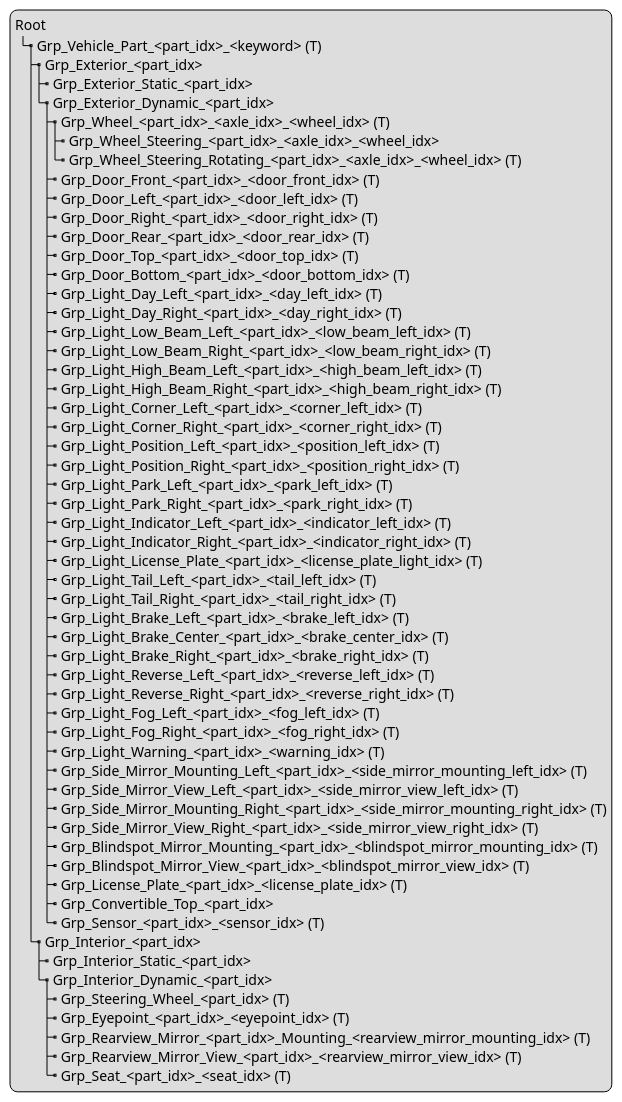
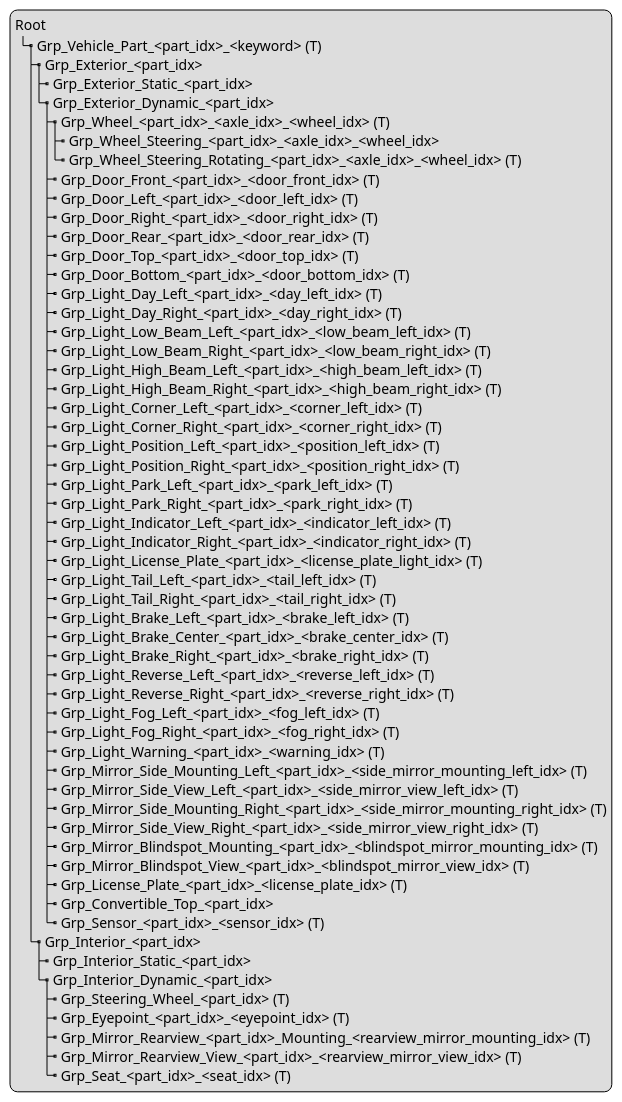
One commit to asam-ev/OpenMATERIAL changed the diagram in content/geometry/object-vehicle/vehicle-structure-model-structure.adoc. Above: the diagram before and after it, drawn with PlantUML. The commit also changed other lines of this file, not shown here.

Commit message:
Fix mirror naming

```diff
--- a/content/geometry/object-vehicle/vehicle-structure-model-structure.adoc
+++ b/content/geometry/object-vehicle/vehicle-structure-model-structure.adoc
@@ -9,61 +9,61 @@
 [plantuml]
 ----
 legend
 Root
 |_ Grp_Vehicle_Part_<part_idx>_<keyword> (T)
   |_ Grp_Exterior_<part_idx>
     |_ Grp_Exterior_Static_<part_idx>
     |_ Grp_Exterior_Dynamic_<part_idx>
       |_ Grp_Wheel_<part_idx>_<axle_idx>_<wheel_idx> (T)
         |_ Grp_Wheel_Steering_<part_idx>_<axle_idx>_<wheel_idx>
         |_ Grp_Wheel_Steering_Rotating_<part_idx>_<axle_idx>_<wheel_idx> (T)
       |_ Grp_Door_Front_<part_idx>_<door_front_idx> (T)
       |_ Grp_Door_Left_<part_idx>_<door_left_idx> (T)
       |_ Grp_Door_Right_<part_idx>_<door_right_idx> (T)
       |_ Grp_Door_Rear_<part_idx>_<door_rear_idx> (T)
       |_ Grp_Door_Top_<part_idx>_<door_top_idx> (T)
       |_ Grp_Door_Bottom_<part_idx>_<door_bottom_idx> (T)
       |_ Grp_Light_Day_Left_<part_idx>_<day_left_idx> (T)
       |_ Grp_Light_Day_Right_<part_idx>_<day_right_idx> (T)
       |_ Grp_Light_Low_Beam_Left_<part_idx>_<low_beam_left_idx> (T)
       |_ Grp_Light_Low_Beam_Right_<part_idx>_<low_beam_right_idx> (T)
       |_ Grp_Light_High_Beam_Left_<part_idx>_<high_beam_left_idx> (T)
       |_ Grp_Light_High_Beam_Right_<part_idx>_<high_beam_right_idx> (T)
       |_ Grp_Light_Corner_Left_<part_idx>_<corner_left_idx> (T)
       |_ Grp_Light_Corner_Right_<part_idx>_<corner_right_idx> (T)
       |_ Grp_Light_Position_Left_<part_idx>_<position_left_idx> (T)
       |_ Grp_Light_Position_Right_<part_idx>_<position_right_idx> (T)
       |_ Grp_Light_Park_Left_<part_idx>_<park_left_idx> (T)
       |_ Grp_Light_Park_Right_<part_idx>_<park_right_idx> (T)
       |_ Grp_Light_Indicator_Left_<part_idx>_<indicator_left_idx> (T)
       |_ Grp_Light_Indicator_Right_<part_idx>_<indicator_right_idx> (T)
       |_ Grp_Light_License_Plate_<part_idx>_<license_plate_light_idx> (T)
       |_ Grp_Light_Tail_Left_<part_idx>_<tail_left_idx> (T)
       |_ Grp_Light_Tail_Right_<part_idx>_<tail_right_idx> (T)
       |_ Grp_Light_Brake_Left_<part_idx>_<brake_left_idx> (T)
       |_ Grp_Light_Brake_Center_<part_idx>_<brake_center_idx> (T)
       |_ Grp_Light_Brake_Right_<part_idx>_<brake_right_idx> (T)
       |_ Grp_Light_Reverse_Left_<part_idx>_<reverse_left_idx> (T)
       |_ Grp_Light_Reverse_Right_<part_idx>_<reverse_right_idx> (T)
       |_ Grp_Light_Fog_Left_<part_idx>_<fog_left_idx> (T)
       |_ Grp_Light_Fog_Right_<part_idx>_<fog_right_idx> (T)
       |_ Grp_Light_Warning_<part_idx>_<warning_idx> (T)
-      |_ Grp_Side_Mirror_Mounting_Left_<part_idx>_<side_mirror_mounting_left_idx> (T)
-      |_ Grp_Side_Mirror_View_Left_<part_idx>_<side_mirror_view_left_idx> (T)
-      |_ Grp_Side_Mirror_Mounting_Right_<part_idx>_<side_mirror_mounting_right_idx> (T)
-      |_ Grp_Side_Mirror_View_Right_<part_idx>_<side_mirror_view_right_idx> (T)
-      |_ Grp_Blindspot_Mirror_Mounting_<part_idx>_<blindspot_mirror_mounting_idx> (T)
-      |_ Grp_Blindspot_Mirror_View_<part_idx>_<blindspot_mirror_view_idx> (T)
+      |_ Grp_Mirror_Side_Mounting_Left_<part_idx>_<side_mirror_mounting_left_idx> (T)
+      |_ Grp_Mirror_Side_View_Left_<part_idx>_<side_mirror_view_left_idx> (T)
+      |_ Grp_Mirror_Side_Mounting_Right_<part_idx>_<side_mirror_mounting_right_idx> (T)
+      |_ Grp_Mirror_Side_View_Right_<part_idx>_<side_mirror_view_right_idx> (T)
+      |_ Grp_Mirror_Blindspot_Mounting_<part_idx>_<blindspot_mirror_mounting_idx> (T)
+      |_ Grp_Mirror_Blindspot_View_<part_idx>_<blindspot_mirror_view_idx> (T)
       |_ Grp_License_Plate_<part_idx>_<license_plate_idx> (T)
       |_ Grp_Convertible_Top_<part_idx>
       |_ Grp_Sensor_<part_idx>_<sensor_idx> (T)
   |_ Grp_Interior_<part_idx>
     |_ Grp_Interior_Static_<part_idx>
     |_ Grp_Interior_Dynamic_<part_idx>
       |_ Grp_Steering_Wheel_<part_idx> (T)
       |_ Grp_Eyepoint_<part_idx>_<eyepoint_idx> (T)
-      |_ Grp_Rearview_Mirror_<part_idx>_Mounting_<rearview_mirror_mounting_idx> (T)
-      |_ Grp_Rearview_Mirror_View_<part_idx>_<rearview_mirror_view_idx> (T)
+      |_ Grp_Mirror_Rearview_<part_idx>_Mounting_<rearview_mirror_mounting_idx> (T)
+      |_ Grp_Mirror_Rearview_View_<part_idx>_<rearview_mirror_view_idx> (T)
       |_ Grp_Seat_<part_idx>_<seat_idx> (T)
 end legend
 ----
```
